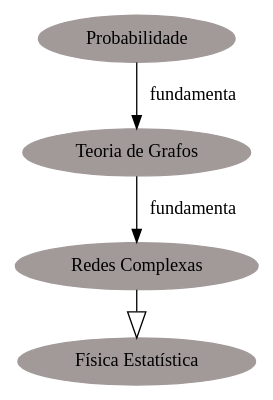
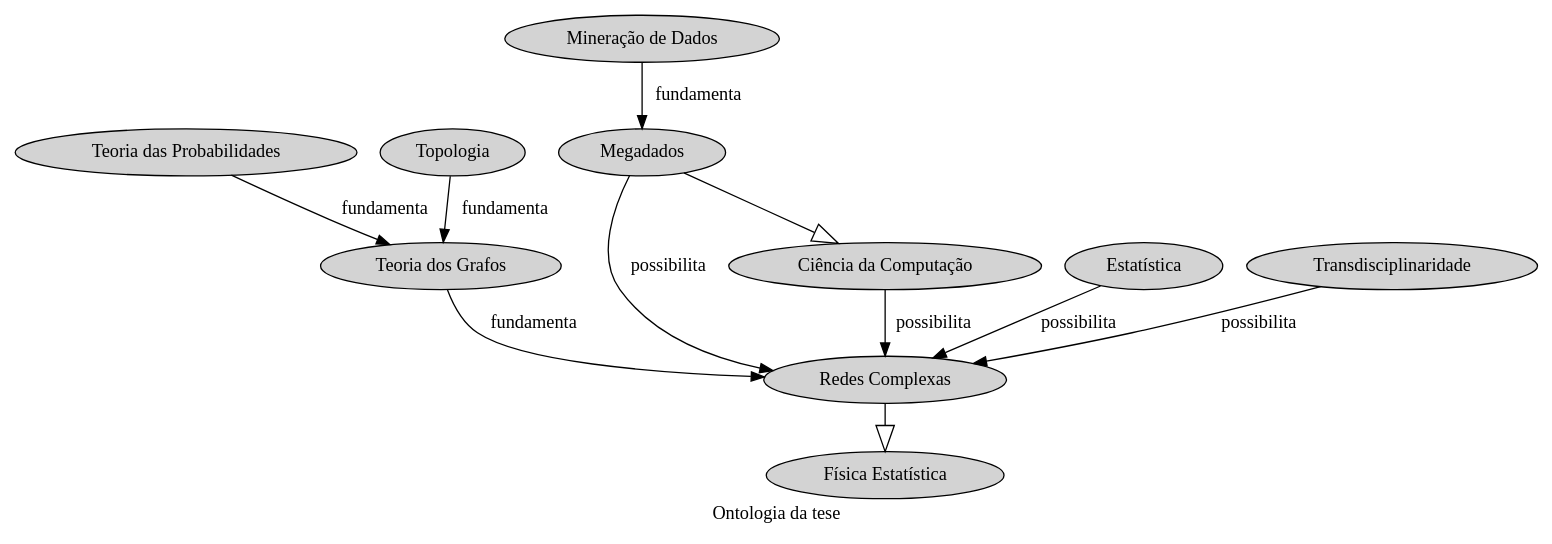
One commit to ttm/OT changed the diagram in dot/ot.dot. Above: the diagram before and after it, drawn with Graphviz. The commit also changed 3 other files, not shown here.

```diff
--- a/dot/ot.dot
+++ b/dot/ot.dot
@@ -1,14 +1,25 @@
 digraph  {
-	"Redes Complexas"	 [color="#A29999",
-		style=filled];
-	"Física Estatística"	 [color="#A29999",
-		style=filled];
+	graph [label="Ontologia da tese"];
+	"Física Estatística"	 [style=filled];
+	"Redes Complexas"	 [style=filled];
 	"Redes Complexas" -> "Física Estatística"	 [arrowhead=empty,
 		arrowsize=2];
-	"Teoria de Grafos"	 [color="#A29999",
-		style=filled];
-	"Teoria de Grafos" -> "Redes Complexas"	 [label=fundamenta];
-	Probabilidade	 [color="#A29999",
-		style=filled];
-	Probabilidade -> "Teoria de Grafos"	 [label=fundamenta];
+	"Teoria dos Grafos"	 [style=filled];
+	"Teoria dos Grafos" -> "Redes Complexas"	 [label=fundamenta];
+	"Teoria das Probabilidades"	 [style=filled];
+	"Teoria das Probabilidades" -> "Teoria dos Grafos"	 [label=fundamenta];
+	Topologia	 [style=filled];
+	Topologia -> "Teoria dos Grafos"	 [label=fundamenta];
+	Megadados	 [style=filled];
+	Megadados -> "Redes Complexas"	 [label=possibilita];
+	"Ciência da Computação"	 [style=filled];
+	Megadados -> "Ciência da Computação"	 [arrowhead=empty,
+		arrowsize=2];
+	Estatística	 [style=filled];
+	Estatística -> "Redes Complexas"	 [label=possibilita];
+	"Ciência da Computação" -> "Redes Complexas"	 [label=possibilita];
+	"Mineração de Dados"	 [style=filled];
+	"Mineração de Dados" -> Megadados	 [label=fundamenta];
+	Transdisciplinaridade	 [style=filled];
+	Transdisciplinaridade -> "Redes Complexas"	 [label=possibilita];
 }
```
